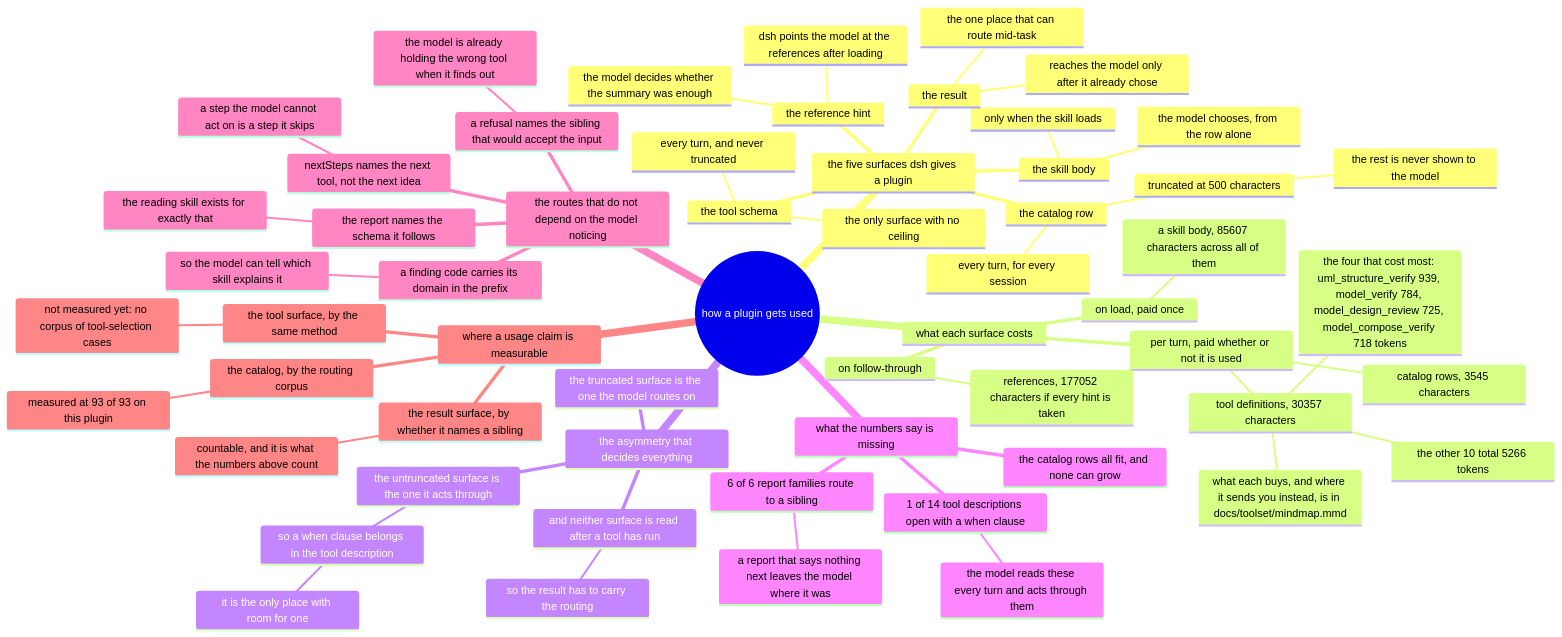
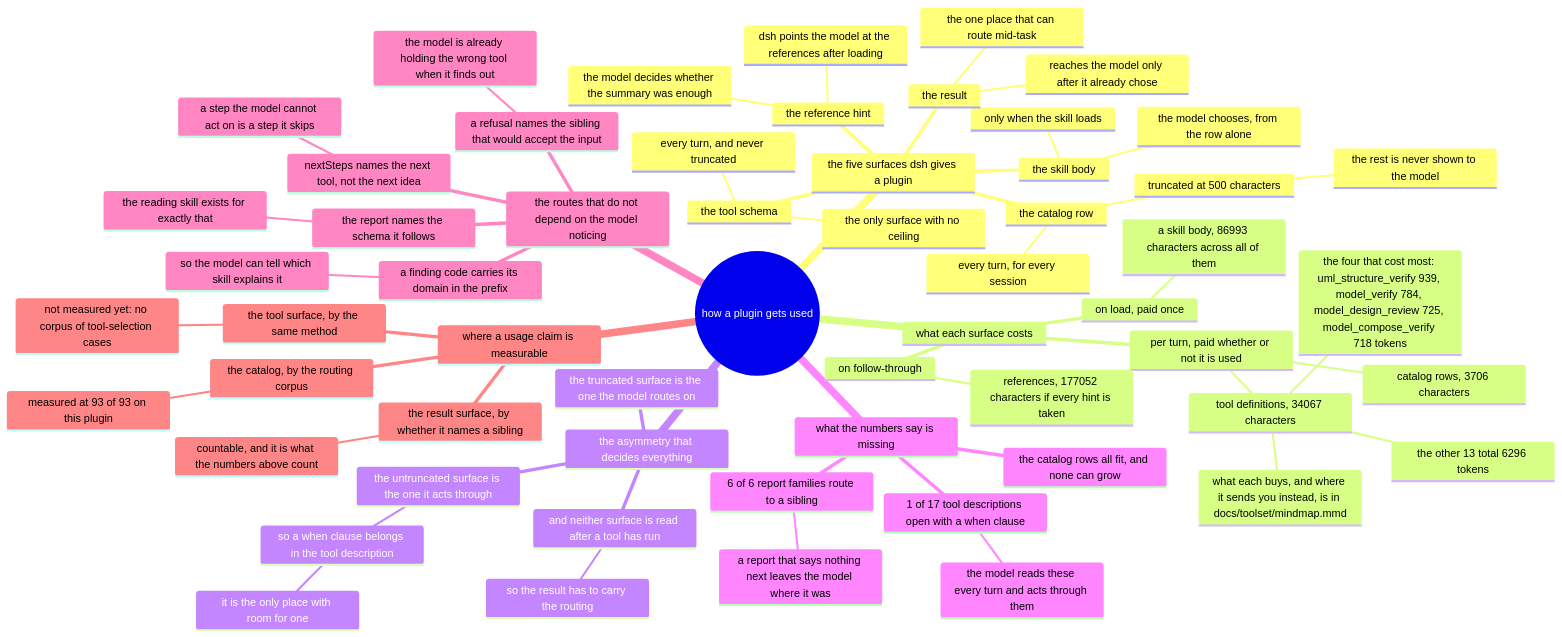
One commit to AmethystLuna/dsh-model-everything changed the diagram in docs/usage/mindmap.mmd. Above: the diagram before and after it, drawn with Mermaid. The commit also changed 18 other files, not shown here.

First line of the commit message:
feat(diagram): make the drawing tools say when a picture is the answer

```diff
--- a/docs/usage/mindmap.mmd
+++ b/docs/usage/mindmap.mmd
@@ -1,59 +1,59 @@
 mindmap
 root((how a plugin gets used))
   the five surfaces dsh gives a plugin
     the catalog row
       every turn, for every session
       truncated at 500 characters
         the rest is never shown to the model
     the skill body
       only when the skill loads
       the model chooses, from the row alone
     the reference hint
       dsh points the model at the references after loading
       the model decides whether the summary was enough
     the tool schema
       every turn, and never truncated
       the only surface with no ceiling
     the result
       reaches the model only after it already chose
       the one place that can route mid-task
   what each surface costs
     per turn, paid whether or not it is used
-      catalog rows, 3545 characters
-      tool definitions, 30357 characters
+      catalog rows, 3706 characters
+      tool definitions, 34067 characters
         the four that cost most: uml_structure_verify 939, model_verify 784, model_design_review 725, model_compose_verify 718 tokens
-        the other 10 total 5266 tokens
+        the other 13 total 6296 tokens
         what each buys, and where it sends you instead, is in docs/toolset/mindmap.mmd
     on load, paid once
-      a skill body, 85607 characters across all of them
+      a skill body, 86993 characters across all of them
     on follow-through
       references, 177052 characters if every hint is taken
   the asymmetry that decides everything
     the truncated surface is the one the model routes on
     the untruncated surface is the one it acts through
       so a when clause belongs in the tool description
         it is the only place with room for one
     and neither surface is read after a tool has run
       so the result has to carry the routing
   what the numbers say is missing
-    1 of 14 tool descriptions open with a when clause
+    1 of 17 tool descriptions open with a when clause
       the model reads these every turn and acts through them
     6 of 6 report families route to a sibling
       a report that says nothing next leaves the model where it was
     the catalog rows all fit, and none can grow
   the routes that do not depend on the model noticing
     a refusal names the sibling that would accept the input
       the model is already holding the wrong tool when it finds out
     nextSteps names the next tool, not the next idea
       a step the model cannot act on is a step it skips
     a finding code carries its domain in the prefix
       so the model can tell which skill explains it
     the report names the schema it follows
       the reading skill exists for exactly that
   where a usage claim is measurable
     the catalog, by the routing corpus
       measured at 93 of 93 on this plugin
     the tool surface, by the same method
       not measured yet: no corpus of tool-selection cases
     the result surface, by whether it names a sibling
       countable, and it is what the numbers above count
```
